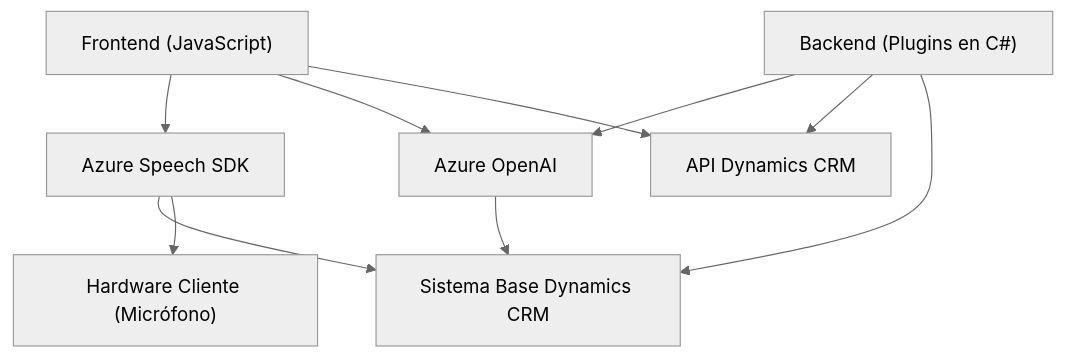
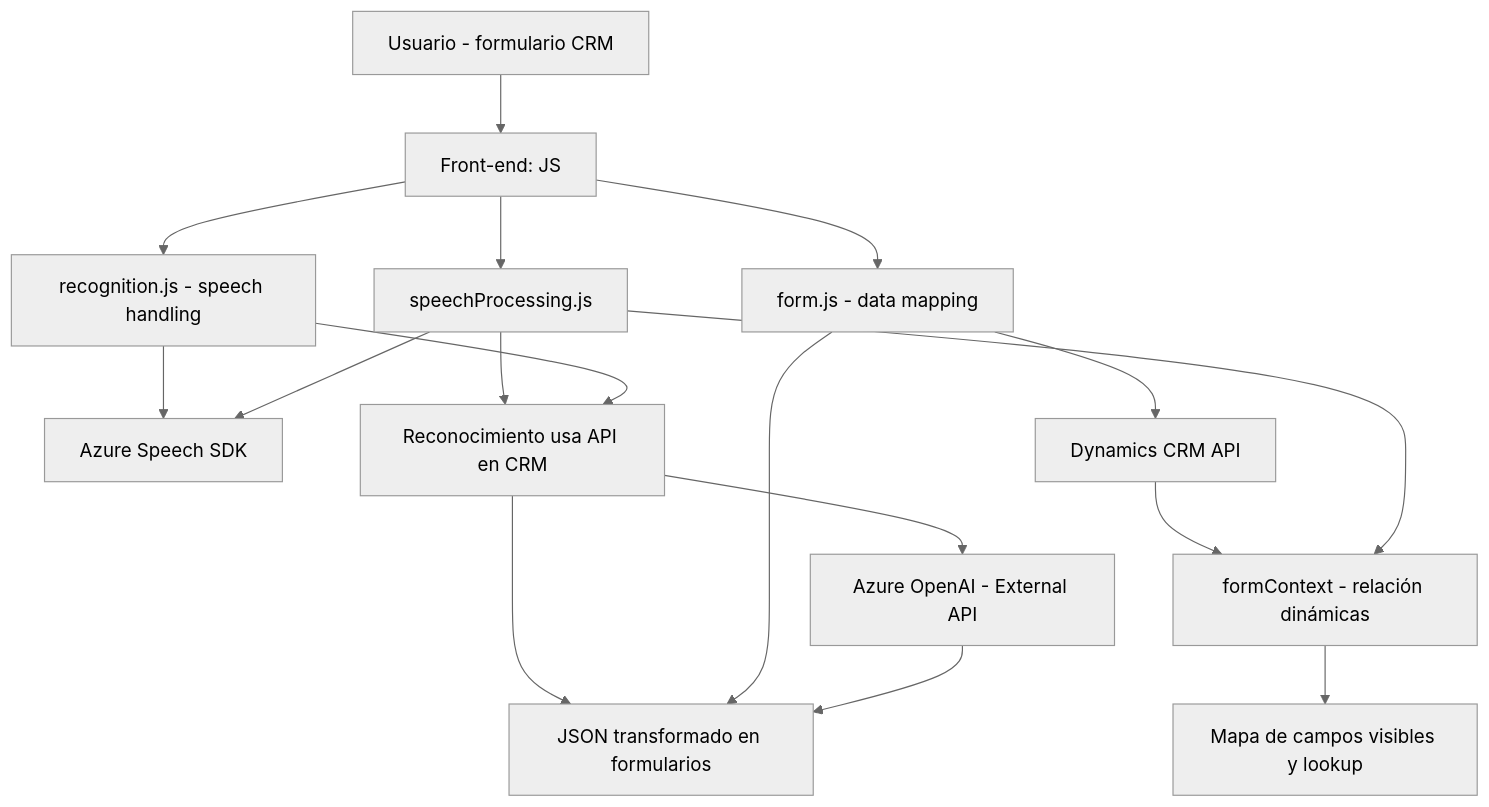
One commit to blopezdm/NETCORE_BILBAO2025 changed the diagram in README.md. Above: the diagram before and after it, drawn with Mermaid (neutral theme). The commit also changed other lines of this file, not shown here.

````diff
--- a/README.md
+++ b/README.md
@@ -57,18 +59,19 @@
 ```mermaid
 graph TD
-    sub_system["Sistema Base Dynamics CRM"]
-    SpeechSDK["Azure Speech SDK"] --> sub_system
-    OpenAI["Azure OpenAI"] --> sub_system
-    Frontend["Frontend (JavaScript)"]
-    Backend["Backend (Plugins en C#)"]
-    Database["API Dynamics CRM"]
-
-    Frontend --> SpeechSDK
-    Frontend --> OpenAI
-    Frontend --> Database
-    Backend --> OpenAI
-    Backend --> Database
-    Backend --> sub_system
-    
-    SpeechSDK --> hardware_client["Hardware Cliente (Micrófono)"]
+    A["Usuario - formulario CRM"] --> B["Front-end: JS"]
+    B --> C["recognition.js - speech handling"]
+    B --> D["form.js - data mapping"]
+    C --> E["Azure Speech SDK"]
+    D --> F["Dynamics CRM API"]
+    F --> G["formContext - relación dinámicas"]
+    B --> H["speechProcessing.js"]
+    H --> E
+    H --> I["Custom API Dynamics CRM"]
+    I --> J["Azure OpenAI - External API"]
+    I --> K["DB Dynamics CRM - guardar datos"]
+    D --> K
+    C --> I["Reconocimiento usa API en CRM"]
+    J --> K["JSON transformado en formularios"]
+    H --> G
+    G --> L["Mapa de campos visibles y lookup"]
 ```
````
